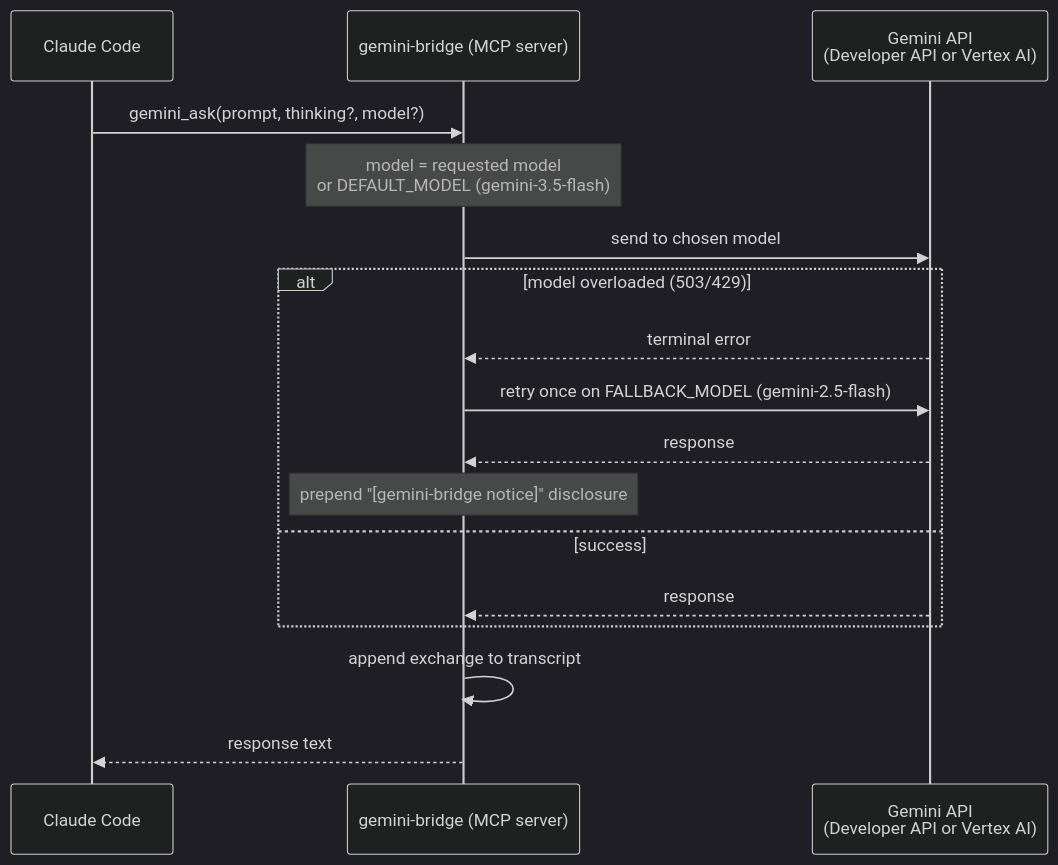
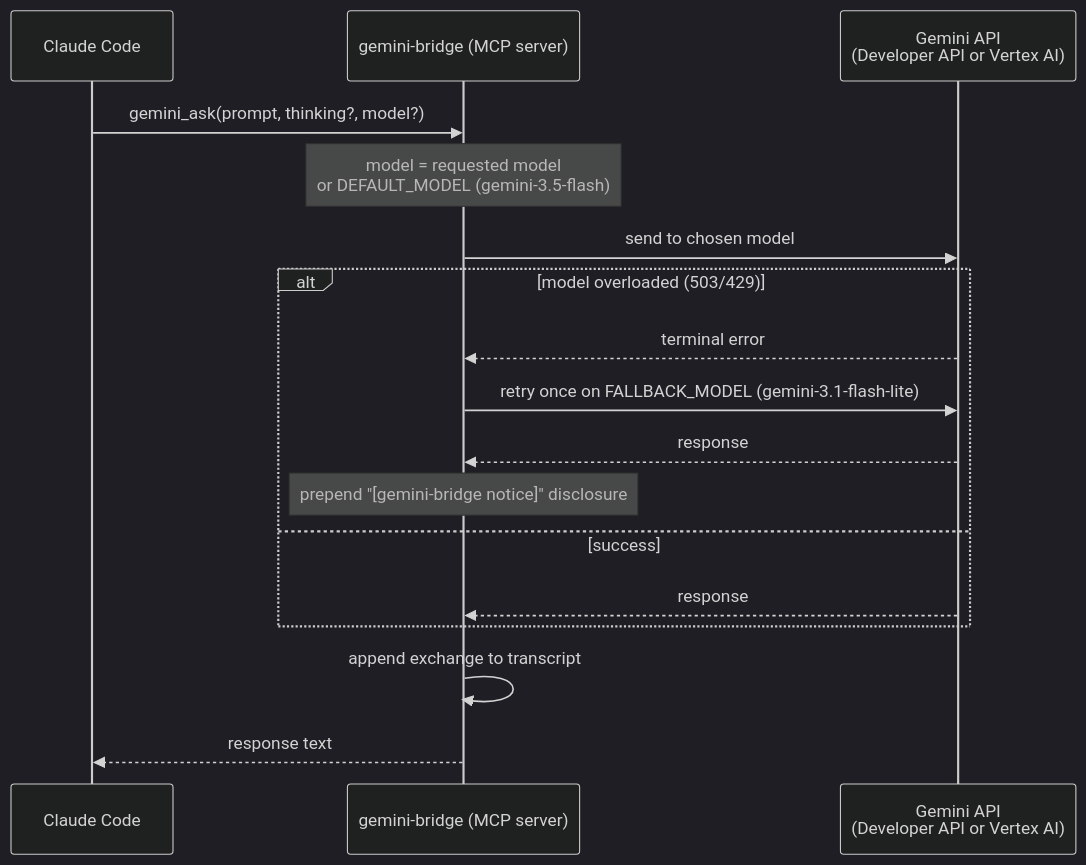
Before and after one commit to PCS-LAB-ORG/gemini-bridge: the diagram in README.md, drawn with Mermaid (dark theme). The commit also changed other lines of this file and 9 other files, not shown here.

First line of the commit message:
chore(models): retire gemini-2.5 fallback + shortlists ahead of 2026-10-16 EOL

````diff
--- a/README.md
+++ b/README.md
@@ -46,20 +46,20 @@
 ```mermaid
 sequenceDiagram
     participant CC as Claude Code
     participant S as gemini-bridge (MCP server)
     participant G as Gemini API<br/>(Developer API or Vertex AI)
 
     CC->>S: gemini_ask(prompt, thinking?, model?)
     Note over S: model = requested model<br/>or DEFAULT_MODEL (gemini-3.5-flash)
     S->>G: send to chosen model
     alt model overloaded (503/429)
         G-->>S: terminal error
-        S->>G: retry once on FALLBACK_MODEL (gemini-2.5-flash)
+        S->>G: retry once on FALLBACK_MODEL (gemini-3.1-flash-lite)
         G-->>S: response
         Note over S: prepend "[gemini-bridge notice]" disclosure
     else success
         G-->>S: response
     end
     S->>S: append exchange to transcript
     S-->>CC: response text
 ```
````
